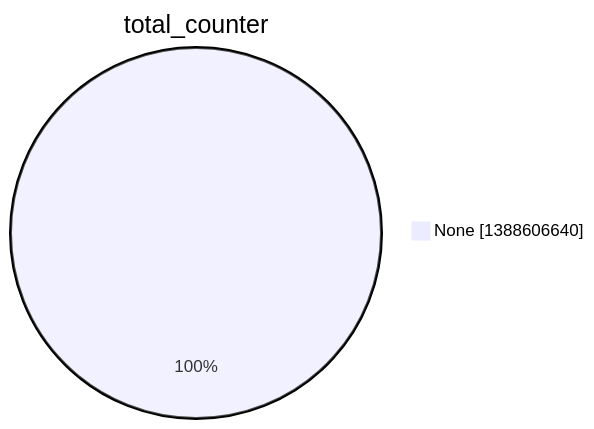
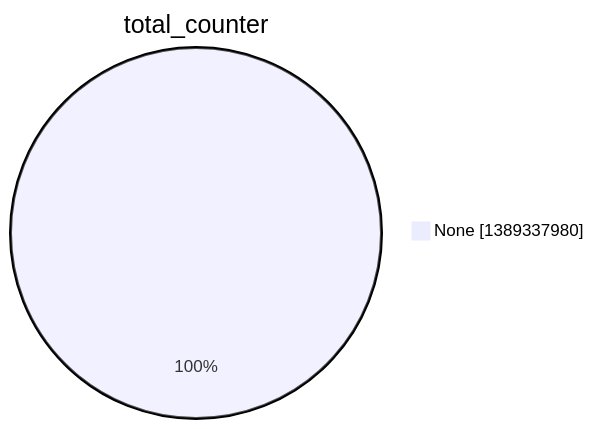
Before and after one commit to christiankrug/ctmonitor_visualization: the second of 15 diagrams in argon2022/README.md, drawn with Mermaid. The commit also changed other lines of this file, not shown here.

````diff
--- a/argon2022/README.md
+++ b/argon2022/README.md
@@ -9,5 +9,5 @@
 ```mermaid
 pie showData
 title total_counter
-"None" :1388606640
+"None" :1389337980
 ```
````
